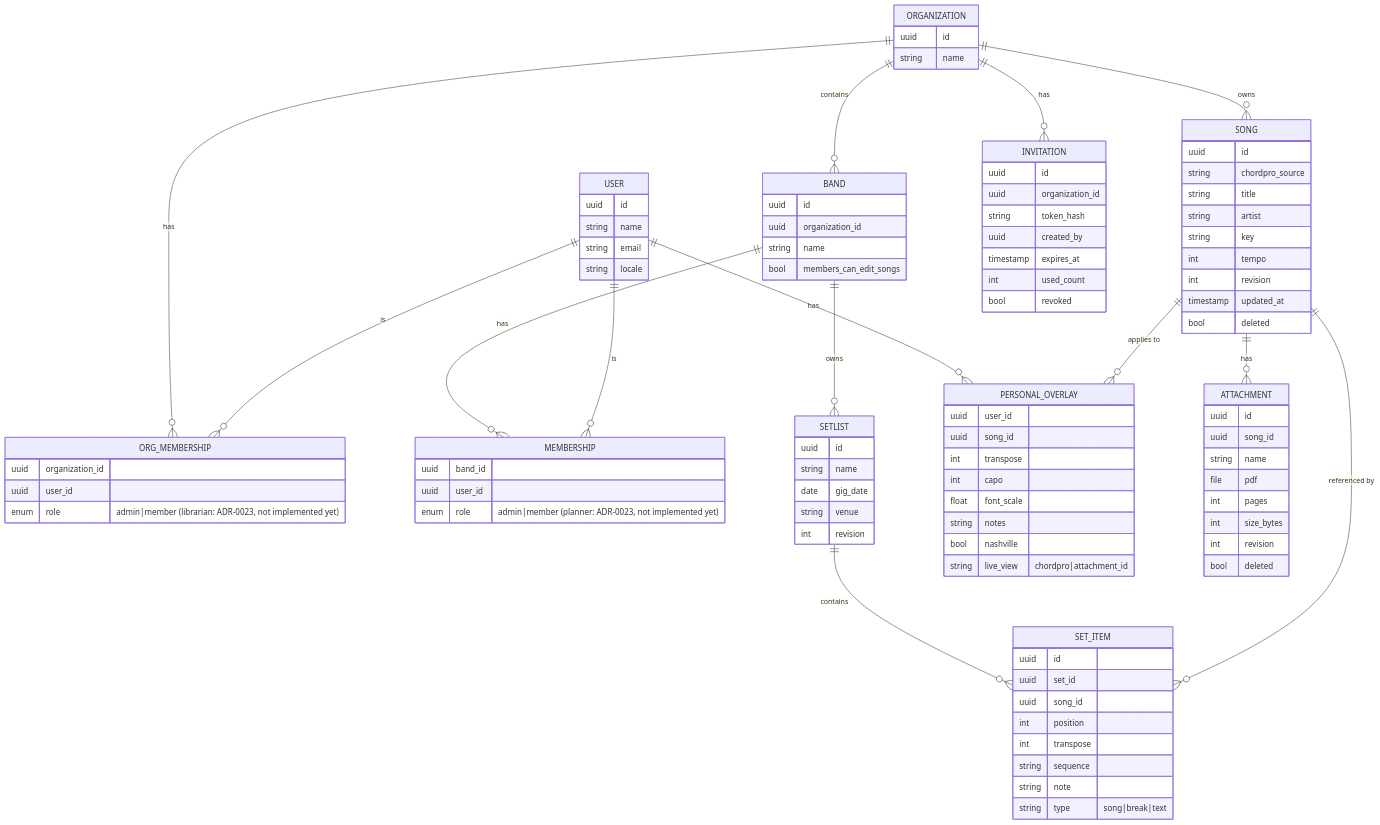
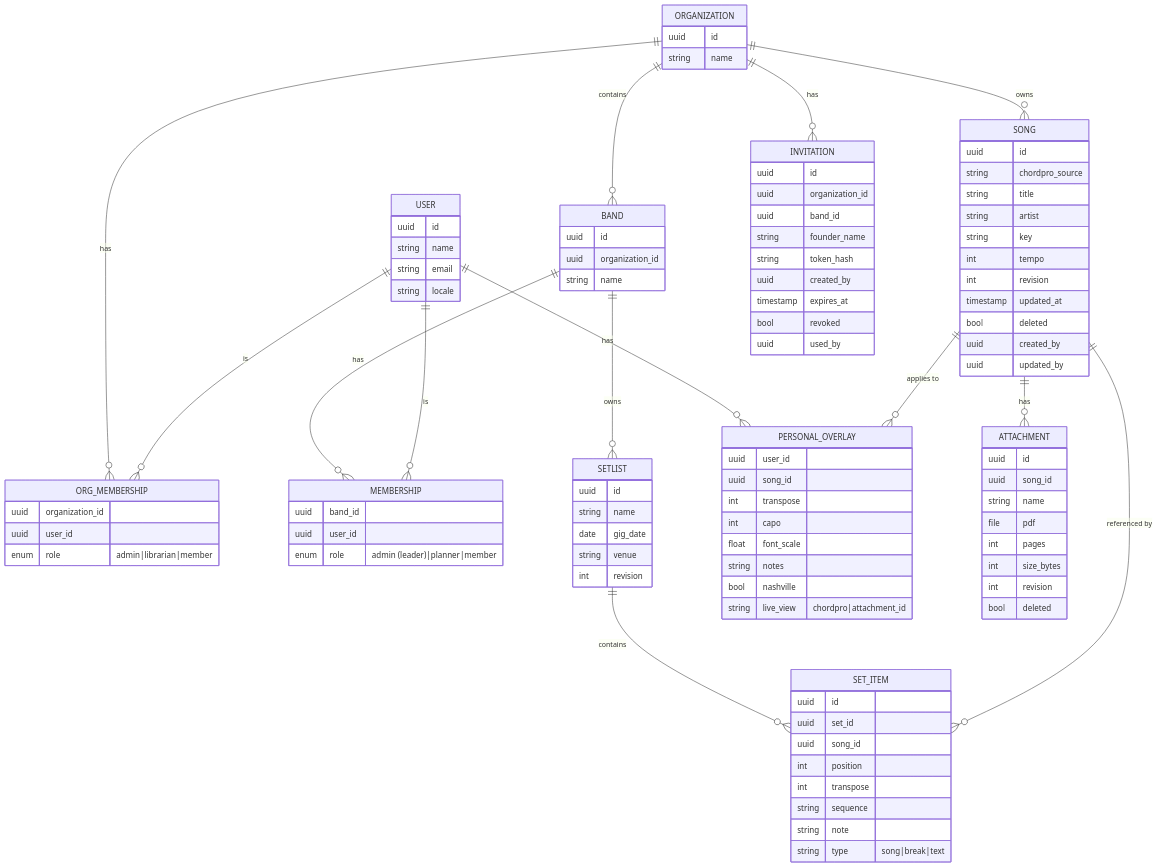
The second of 2 diagrams in docs/architecture/README.md (setDING/setDING), drawn with Mermaid before and after one commit. The commit also changed other lines of this file and 47 other files, not shown here.

````diff
--- a/docs/architecture/README.md
+++ b/docs/architecture/README.md
@@ -119,28 +115,28 @@
 ```mermaid
 erDiagram
     ORGANIZATION ||--o{ ORG_MEMBERSHIP : has
     USER ||--o{ ORG_MEMBERSHIP : is
     ORGANIZATION ||--o{ BAND : contains
     ORGANIZATION ||--o{ SONG : owns
     BAND ||--o{ MEMBERSHIP : has
     USER ||--o{ MEMBERSHIP : is
     BAND ||--o{ SETLIST : owns
     SETLIST ||--o{ SET_ITEM : contains
     SONG ||--o{ SET_ITEM : "referenced by"
     USER ||--o{ PERSONAL_OVERLAY : has
     SONG ||--o{ PERSONAL_OVERLAY : "applies to"
     SONG ||--o{ ATTACHMENT : has
     ORGANIZATION ||--o{ INVITATION : has
 
     ORGANIZATION { uuid id string name }
-    ORG_MEMBERSHIP { uuid organization_id uuid user_id enum role "admin|member (librarian: ADR-0023, not implemented yet)" }
-    BAND { uuid id uuid organization_id string name bool members_can_edit_songs }
+    ORG_MEMBERSHIP { uuid organization_id uuid user_id enum role "admin|librarian|member" }
+    BAND { uuid id uuid organization_id string name }
     USER { uuid id string name string email string locale }
-    MEMBERSHIP { uuid band_id uuid user_id enum role "admin|member (planner: ADR-0023, not implemented yet)" }
-    SONG { uuid id string chordpro_source string title string artist string key int tempo int revision timestamp updated_at bool deleted }
+    MEMBERSHIP { uuid band_id uuid user_id enum role "admin (leader)|planner|member" }
+    SONG { uuid id string chordpro_source string title string artist string key int tempo int revision timestamp updated_at bool deleted uuid created_by uuid updated_by }
     SETLIST { uuid id string name date gig_date string venue int revision }
     SET_ITEM { uuid id uuid set_id uuid song_id int position int transpose string sequence string note string type "song|break|text" }
     PERSONAL_OVERLAY { uuid user_id uuid song_id int transpose int capo float font_scale string notes bool nashville string live_view "chordpro|attachment_id" }
     ATTACHMENT { uuid id uuid song_id string name file pdf int pages int size_bytes int revision bool deleted }
-    INVITATION { uuid id uuid organization_id string token_hash uuid created_by timestamp expires_at int used_count bool revoked }
+    INVITATION { uuid id uuid organization_id uuid band_id string founder_name string token_hash uuid created_by timestamp expires_at bool revoked uuid used_by }
 ```
````
